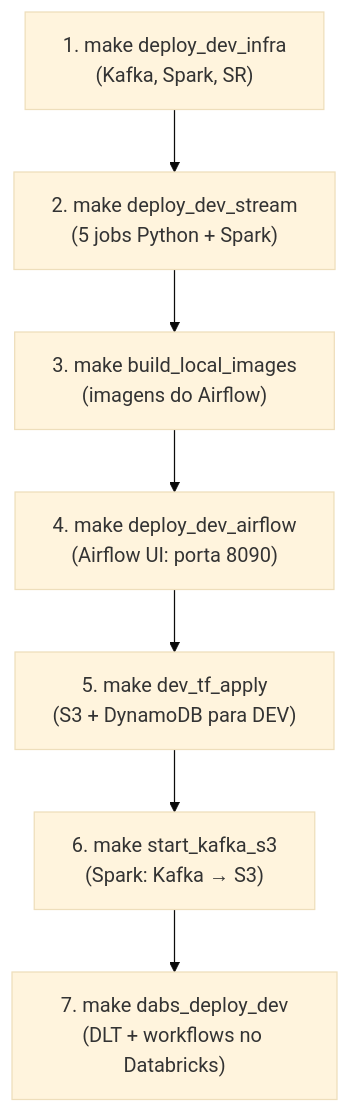
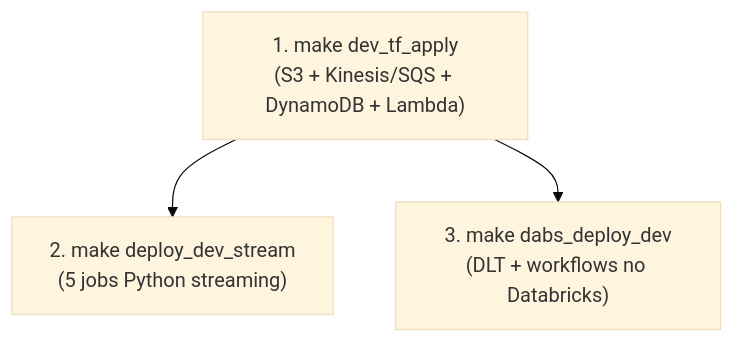
Before and after one commit to marcoaureliomenezes/dd_chain_explorer: the first of 7 diagrams in docs/04_data_ops.md, drawn with Mermaid (base theme). The commit also changed other lines of this file and 8 other files, not shown here.

````diff
--- a/docs/04_data_ops.md
+++ b/docs/04_data_ops.md
@@ -21,9 +21,6 @@
 ```mermaid
 flowchart TD
-    A["1. make deploy_dev_infra<br/>(Kafka, Spark, SR)"] --> B["2. make deploy_dev_stream<br/>(5 jobs Python + Spark)"]
-    B --> C["3. make build_local_images<br/>(imagens do Airflow)"]
-    C --> D["4. make deploy_dev_airflow<br/>(Airflow UI: porta 8090)"]
-    D --> E["5. make dev_tf_apply<br/>(S3 + DynamoDB para DEV)"]
-    E --> F["6. make start_kafka_s3<br/>(Spark: Kafka → S3)"]
-    F --> G["7. make dabs_deploy_dev<br/>(DLT + workflows no Databricks)"]
+    A["1. make dev_tf_apply<br/>(S3 + Kinesis/SQS + DynamoDB + Lambda)"]
+    A --> B["2. make deploy_dev_stream<br/>(5 jobs Python streaming)"]
+    A --> C["3. make dabs_deploy_dev<br/>(DLT + workflows no Databricks)"]
 ```
````
